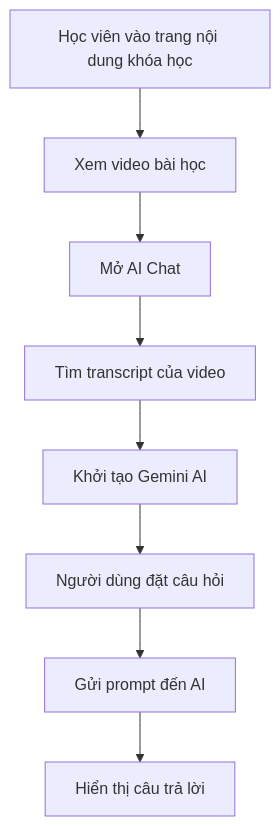
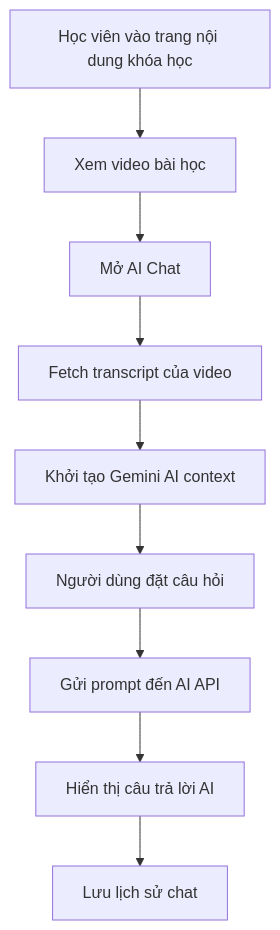
Before and after one commit to lehieu29/Elearning: the seventh of 8 diagrams in memory-banks/frontend-flow.md, drawn with Mermaid. The commit also changed other lines of this file and 43 other files, not shown here.

````diff
--- a/memory-banks/frontend-flow.md
+++ b/memory-banks/frontend-flow.md
@@ -165,10 +212,11 @@
 ```mermaid
 graph TD
     A[Học viên vào trang nội dung khóa học] --> B[Xem video bài học]
     B --> C[Mở AI Chat]
-    C --> D[Tìm transcript của video]
-    D --> E[Khởi tạo Gemini AI]
+    C --> D[Fetch transcript của video]
+    D --> E[Khởi tạo Gemini AI context]
     E --> F[Người dùng đặt câu hỏi]
-    F --> G[Gửi prompt đến AI]
-    G --> H[Hiển thị câu trả lời]
+    F --> G[Gửi prompt đến AI API]
+    G --> H[Hiển thị câu trả lời AI]
+    H --> I[Lưu lịch sử chat]
 ```
````
